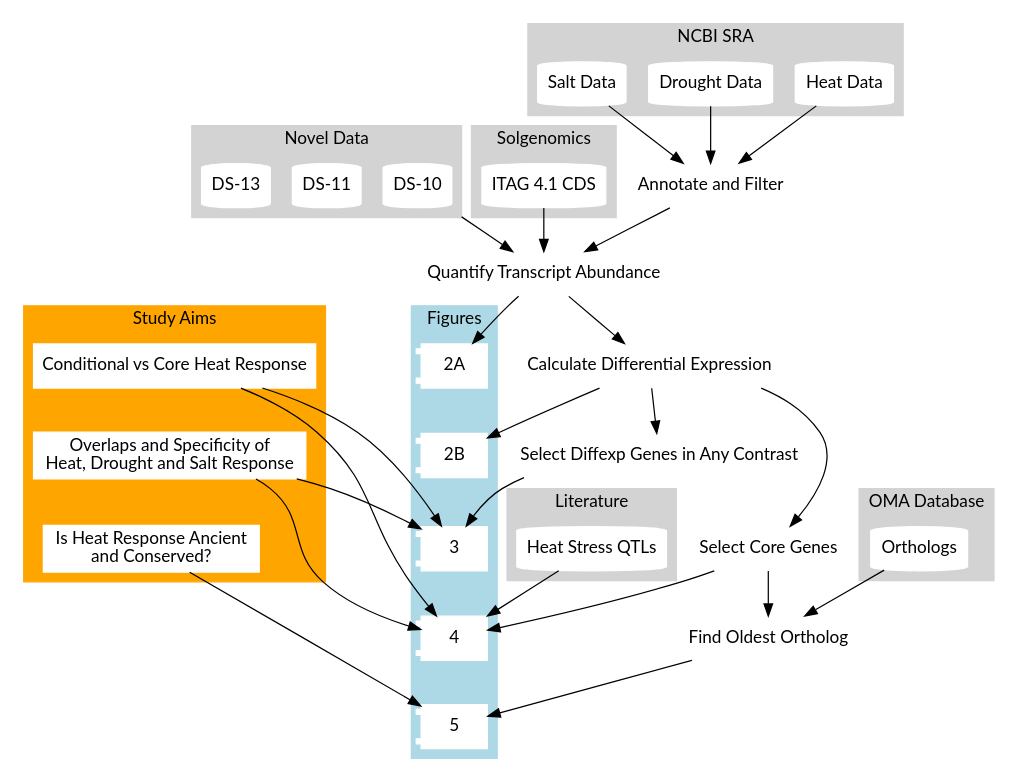
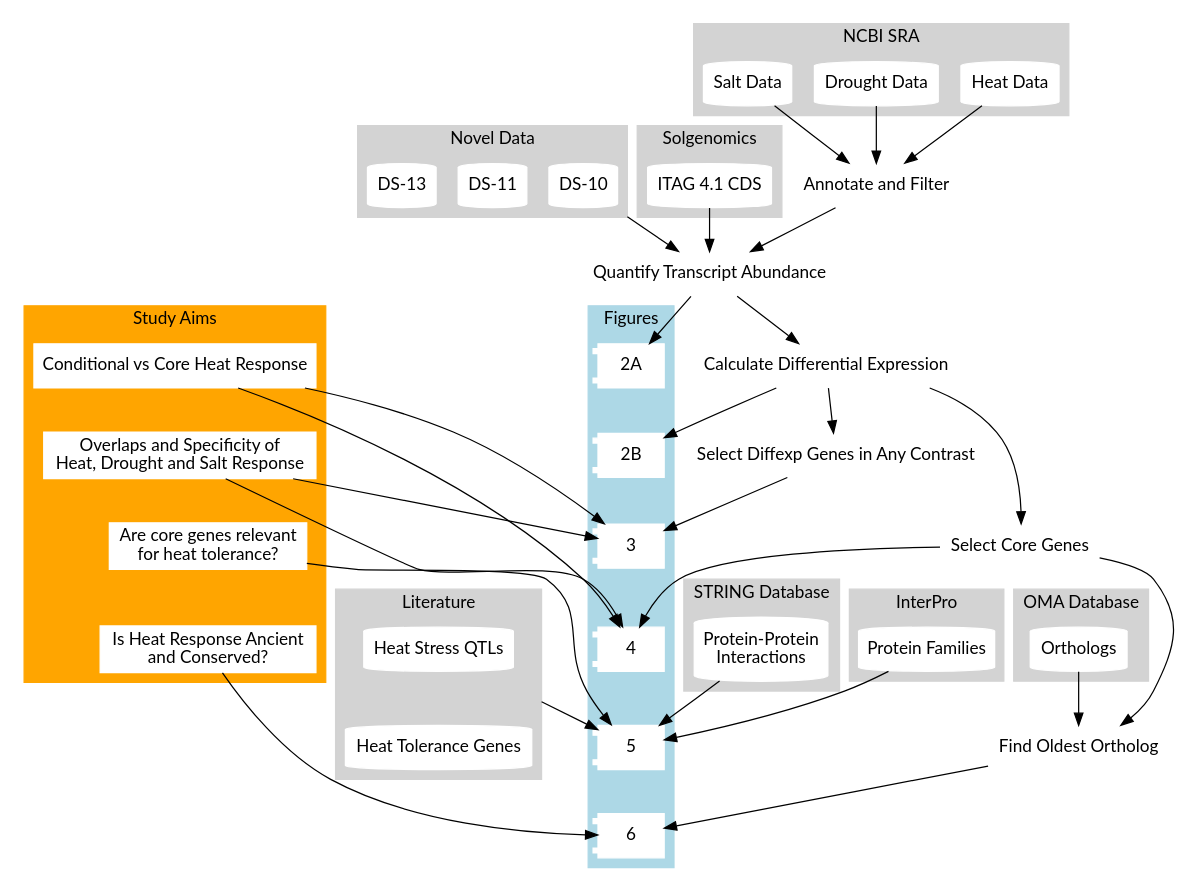
One commit to NAMlab/tomato-rna-meta changed the diagram in figures/Overview.dot. Above: the diagram before and after it, drawn with Graphviz. The commit also changed 4 other files, not shown here.

```diff
--- a/figures/Overview.dot
+++ b/figures/Overview.dot
@@ -1,115 +1,139 @@
 digraph G {
-    fontname="Lato,Helvetica,Arial,sans-serif";
-    compound=true;
-    node [fontname="Lato,Helvetica,Arial,sans-serif"]
+	fontname="Lato,Helvetica,Arial,sans-serif";
+	compound=true;
+	node [fontname="Lato,Helvetica,Arial,sans-serif"]
 	edge [fontname="Lato,Helvetica,Arial,sans-serif"]
-    
-    subgraph cluster_hypo {
-        label = "Study Aims"
-        style=filled;
-        color=orange;
-        node [shape=rect,style=filled,color=white];
-        edge [penwidth=0,arrowsize=0];
-        h1 [label="Conditional vs Core Heat Response"];
-        h2 [label="Overlaps and Specificity of\n Heat, Drought and Salt Response"];
-        h4 [label="Is Heat Response Ancient \n and Conserved?"];
-        h1 -> h2 -> h4;
-    }
-    
-    subgraph cluster_0 {
+	
+	subgraph cluster_hypo {
+		label = "Study Aims"
+		style=filled;
+		color=orange;
+		node [shape=rect,style=filled,color=white];
+		edge [penwidth=0,arrowsize=0];
+		h1 [label="Conditional vs Core Heat Response"];
+		h2 [label="Overlaps and Specificity of\n Heat, Drought and Salt Response"];
+		h3 [label="Are core genes relevant\n for heat tolerance?"];
+		h4 [label="Is Heat Response Ancient \n and Conserved?"];
+		h1 -> h2 -> h3 -> h4;
+	}
+	
+	subgraph cluster_0 {
 		style=filled;
 		color=lightgrey;
 		node [style=filled,color=white,shape=cylinder];
 		d1 [label="Heat Data"];
-        d2 [label="Drought Data"];
-        d3 [label="Salt Data"];
+		d2 [label="Drought Data"];
+		d3 [label="Salt Data"];
 		label = "NCBI SRA";
 	}
 	
 	subgraph cluster_01 {
 		style=filled;
 		color=lightgrey;
 		node [style=filled,color=white,shape=cylinder];
 		dn1 [label="DS-10"];
-        dn2 [label="DS-11"];
-        dn3 [label="DS-13"];
+		dn2 [label="DS-11"];
+		dn3 [label="DS-13"];
 		label = "Novel Data";
 	}
 	
 	subgraph cluster_1 {
 		style=filled;
 		color=lightgrey;
 		node [style=filled,color=white,shape=cylinder];
 		d4 [label="ITAG 4.1 CDS"];
 		label = "Solgenomics";
 	}
 	
 	subgraph cluster_2 {
 		style=filled;
 		color=lightblue;
 		node [style=filled,color=white,shape=component];
 		edge [penwidth=0,arrowsize=0]
 		f1 [label="2A"];
 		f2 [label="2B"];
 		f3 [label="3"];
 		f4 [label="4"];
 		f5 [label="5"];
-		f1 -> f2 -> f3 -> f4 -> f5;
+		f6 [label="6"];
+		f1 -> f2 -> f3 -> f4 -> f5 -> f6;
 		label = "Figures";
 	}
 	
 	subgraph cluster_3 {
 		style=filled;
 		color=lightgrey;
 		node [style=filled,color=white,shape=cylinder];
+		edge [penwidth=0,arrowsize=0,weight=2];
 		d5 [label="Heat Stress QTLs"];
+		d7 [label="Heat Tolerance Genes"];
+		d5 -> d7;
 		label = "Literature";
 	}
 	
 	subgraph cluster_4 {
 		style=filled;
 		color=lightgrey;
 		node [style=filled,color=white,shape=cylinder];
 		d6 [label="Orthologs"];
 		label = "OMA Database";
 	}
+	
+	subgraph cluster_5 {
+		style=filled;
+		color=lightgrey;
+		node [style=filled,color=white,shape=cylinder];
+		d8 [label="Protein-Protein\n Interactions"];
+		label = "STRING Database";
+	}
+	
+	subgraph cluster_6 {
+		style=filled;
+		color=lightgrey;
+		node [style=filled,color=white,shape=cylinder];
+		d9 [label="Protein Families"];
+		label = "InterPro";
+	}
 
     
-    p1 [shape=none,label="Annotate and Filter"];
-    p2 [shape=none,label="Quantify Transcript Abundance"];
-    p3 [shape=none,label="Calculate Differential Expression"];
-    p4 [shape=none,label="Select Diffexp Genes in Any Contrast"];
-    p5 [shape=none,label="Select Core Genes"];
-    p6 [shape=none,label="Find Oldest Ortholog"];
+	p1 [shape=none,label="Annotate and Filter"];
+	p2 [shape=none,label="Quantify Transcript Abundance"];
+	p3 [shape=none,label="Calculate Differential Expression"];
+	p4 [shape=none,label="Select Diffexp Genes in Any Contrast"];
+	p5 [shape=none,label="Select Core Genes"];
+	p6 [shape=none,label="Find Oldest Ortholog"];
     
-    d1 -> p1;
+	d1 -> p1;
 	d2 -> p1;
 	d3 -> p1;
 	
 	dn1 -> p2 [ltail=cluster_01];
 	
 	d4 -> p2;
 	p1 -> p2;
 	p2 -> f1;
 	
 	p2 -> p3;
 	p3 -> f2;
 	
 	p3 -> p4;
 	p4 -> f3;
 	
 	p3 -> p5;
 	p5 -> f4;
-	d5 -> f4;
+	d5 -> f5[ltail=cluster_3];
+	d8 -> f5;
+	d9 -> f5;
 	
 	p5 -> p6;
-	p6 -> f5;
+	p6 -> f6;
 	d6 -> p6;
 	
 	h1 -> f3;
 	h1 -> f4;
 	h2 -> f3;
 	h2 -> f4;
-	h4 -> f5;
+	h3 -> f5;
+	h4 -> f6;
 	
 }
```
